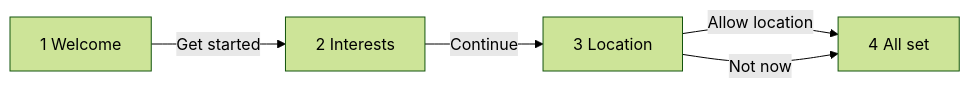
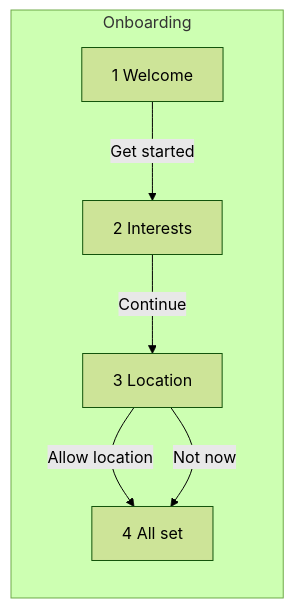
One commit to leanxt-team/weshcraft changed the diagram in examples/ridgeline-onboarding/specs/front/flows.md. Above: the diagram before and after it, drawn with Mermaid (forest theme). The commit also changed other lines of this file and 56 other files, not shown here.

````diff
--- a/examples/ridgeline-onboarding/specs/front/flows.md
+++ b/examples/ridgeline-onboarding/specs/front/flows.md
@@ -3,11 +3,13 @@
 ```mermaid
 flowchart LR
-  scr_1_welcome["1 Welcome"]
-  scr_2_interests["2 Interests"]
-  scr_3_location["3 Location"]
-  scr_4_all_set["4 All set"]
+  subgraph fn_onboarding["Onboarding"]
+    scr_1_welcome["1 Welcome"]
+    scr_2_interests["2 Interests"]
+    scr_3_location["3 Location"]
+    scr_4_all_set["4 All set"]
+  end
   scr_1_welcome -- "Get started" --> scr_2_interests
   scr_2_interests -- "Continue" --> scr_3_location
   scr_3_location -- "Allow location" --> scr_4_all_set
   scr_3_location -- "Not now" --> scr_4_all_set
 ```
````
